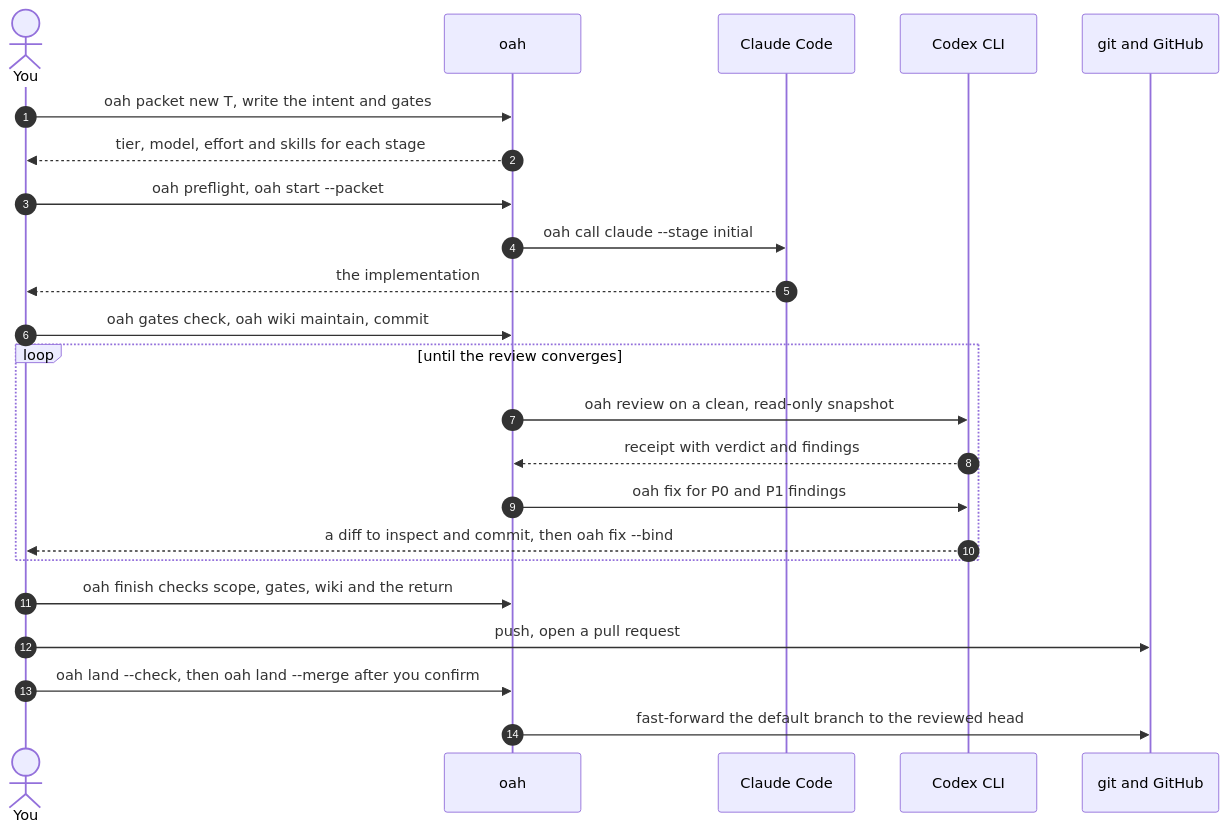
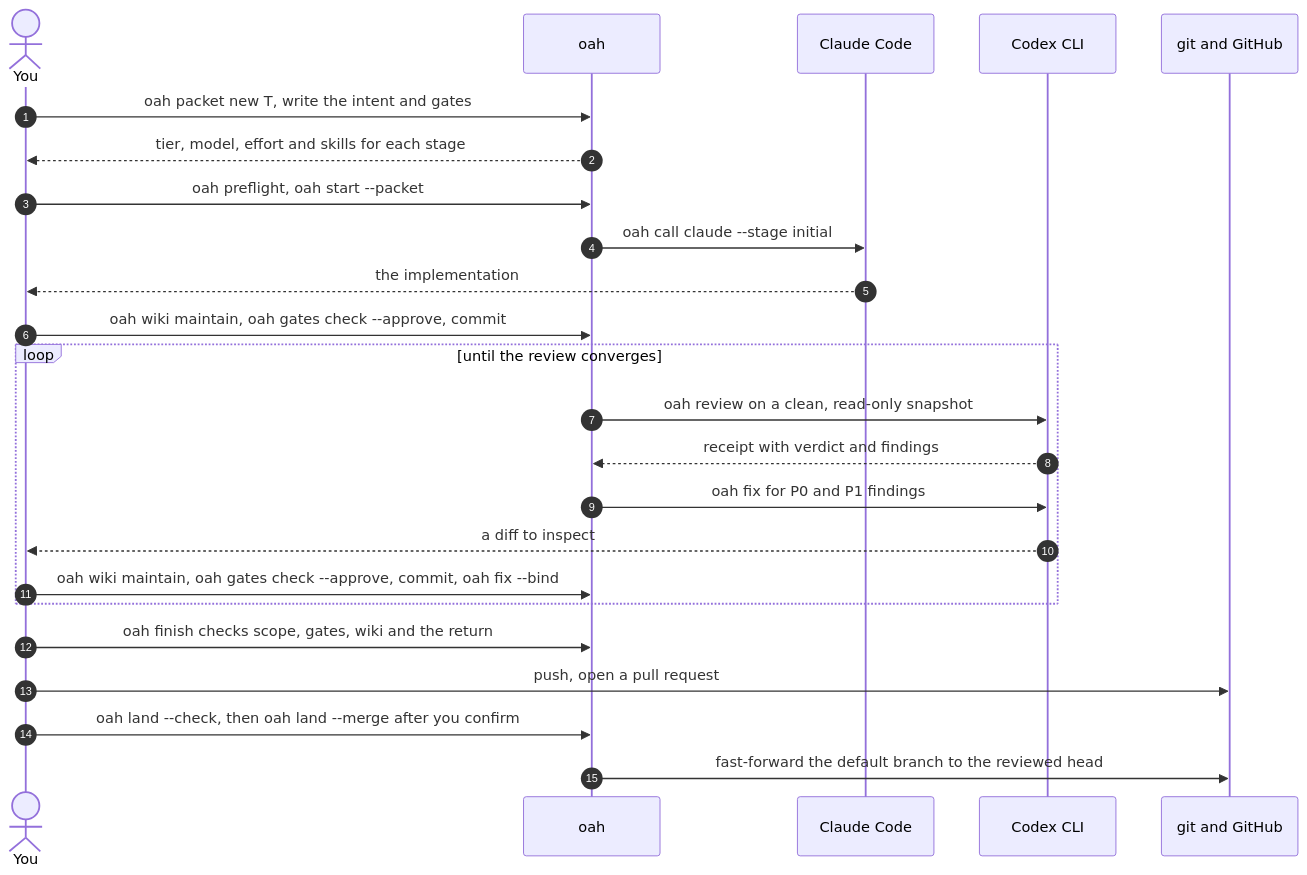
The diagram in README.md (KenSuh/open-agent-harness), drawn with Mermaid before and after one commit. The commit also changed other lines of this file and 18 other files, not shown here.

````diff
--- a/README.md
+++ b/README.md
@@ -142,26 +154,27 @@
 ```mermaid
 sequenceDiagram
     autonumber
     actor You
     participant O as oah
     participant C as Claude Code
     participant X as Codex CLI
     participant G as git and GitHub
 
     You->>O: oah packet new T, write the intent and gates
     O-->>You: tier, model, effort and skills for each stage
     You->>O: oah preflight, oah start --packet
     O->>C: oah call claude --stage initial
     C-->>You: the implementation
-    You->>O: oah gates check, oah wiki maintain, commit
+    You->>O: oah wiki maintain, oah gates check --approve, commit
     loop until the review converges
         O->>X: oah review on a clean, read-only snapshot
         X-->>O: receipt with verdict and findings
         O->>X: oah fix for P0 and P1 findings
-        X-->>You: a diff to inspect and commit, then oah fix --bind
+        X-->>You: a diff to inspect
+        You->>O: oah wiki maintain, oah gates check --approve, commit, oah fix --bind
     end
     You->>O: oah finish checks scope, gates, wiki and the return
     You->>G: push, open a pull request
     You->>O: oah land --check, then oah land --merge after you confirm
     O->>G: fast-forward the default branch to the reviewed head
 ```
````
